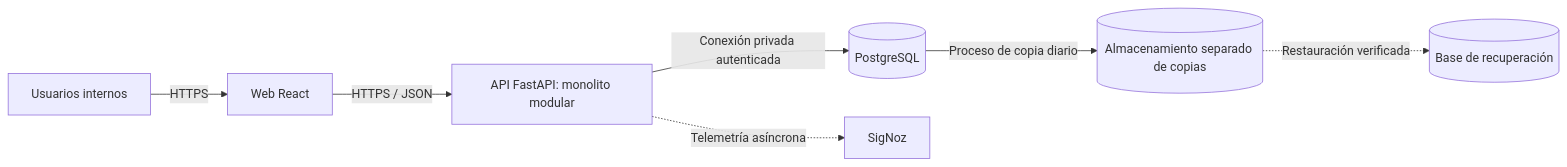
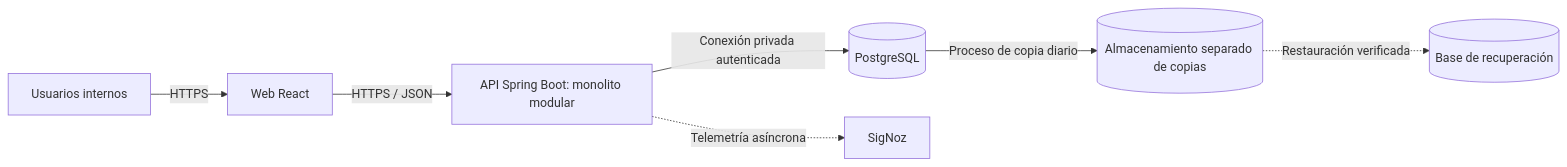
The second of 5 diagrams in docs/05_ADD_ITERACION_1.md (BryanSilva99/centro-salud-administrativo), drawn with Mermaid before and after one commit. The commit also changed other lines of this file and 104 other files, not shown here.

Commit message:
docs: ajustar estructura a Java Spring Boot y React

````diff
--- a/docs/05_ADD_ITERACION_1.md
+++ b/docs/05_ADD_ITERACION_1.md
@@ -178,9 +178,9 @@
 ```mermaid
 flowchart LR
     U[Usuarios internos] -->|HTTPS| W[Web React]
-    W -->|HTTPS / JSON| A[API FastAPI: monolito modular]
+    W -->|HTTPS / JSON| A[API Spring Boot: monolito modular]
     A -->|Conexión privada autenticada| D[(PostgreSQL)]
     A -.->|Telemetría asíncrona| O[SigNoz]
     D -->|Proceso de copia diario| B[(Almacenamiento separado de copias)]
     B -.->|Restauración verificada| R[(Base de recuperación)]
 ```
````
